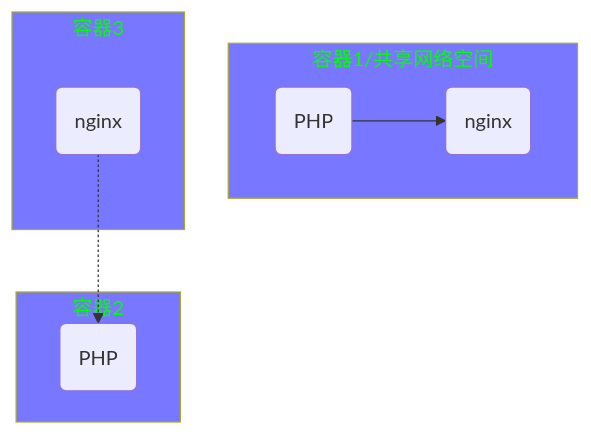
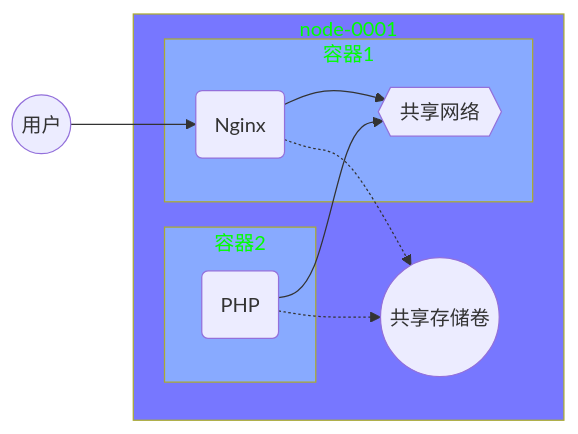
One commit to tonggh220/md_4_nsd_notes changed the first of 2 diagrams in CLOUD/06/06.md. Above: the diagram before and after it, drawn with Mermaid. The commit also changed other lines of this file, not shown here.

Commit message:
xxxxxxxxxxx

````diff
--- a/CLOUD/06/06.md
+++ b/CLOUD/06/06.md
@@ -99,18 +103,21 @@
 ```mermaid
-graph TB
-  subgraph 容器1/共享网络空间
-    style 容器1/共享网络空间 color:#00ff00,fill:#7777ff
-    APP1(PHP)
-    APP2(nginx)
+graph LR
+  subgraph node-0001
+    style node-0001 color:#00ff00,fill:#7777ff
+      subgraph 容器1
+      style 容器1 color:#00ff00,fill:#88aaff
+        APP1(Nginx)
+        NET1{{共享网络}}
+      end
+      subgraph 容器2
+      style 容器2 color:#00ff00,fill:#88aaff
+        APP2(PHP)
+      end
+    APP1 --> NET1
+    APP2 --> NET1
+  L((共享存储卷))
+  APP1 -.-> L
+  APP2 -.-> L
   end
-  subgraph 容器2
-    style 容器2 color:#00ff00,fill:#7777ff
-    APP3(PHP)
-  end
-  subgraph 容器3
-    style 容器3 color:#00ff00,fill:#7777ff
-    APP4(nginx)
-  end
-  APP1 --> APP2
-  APP4 -.-> APP3
+U((用户)) --> APP1
 ```
````
